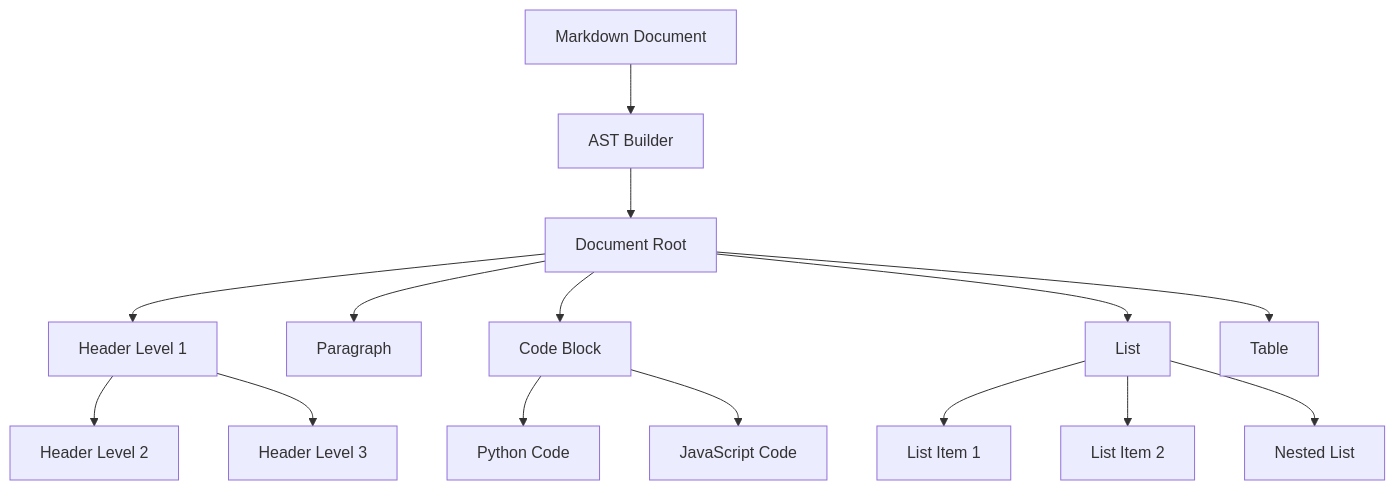
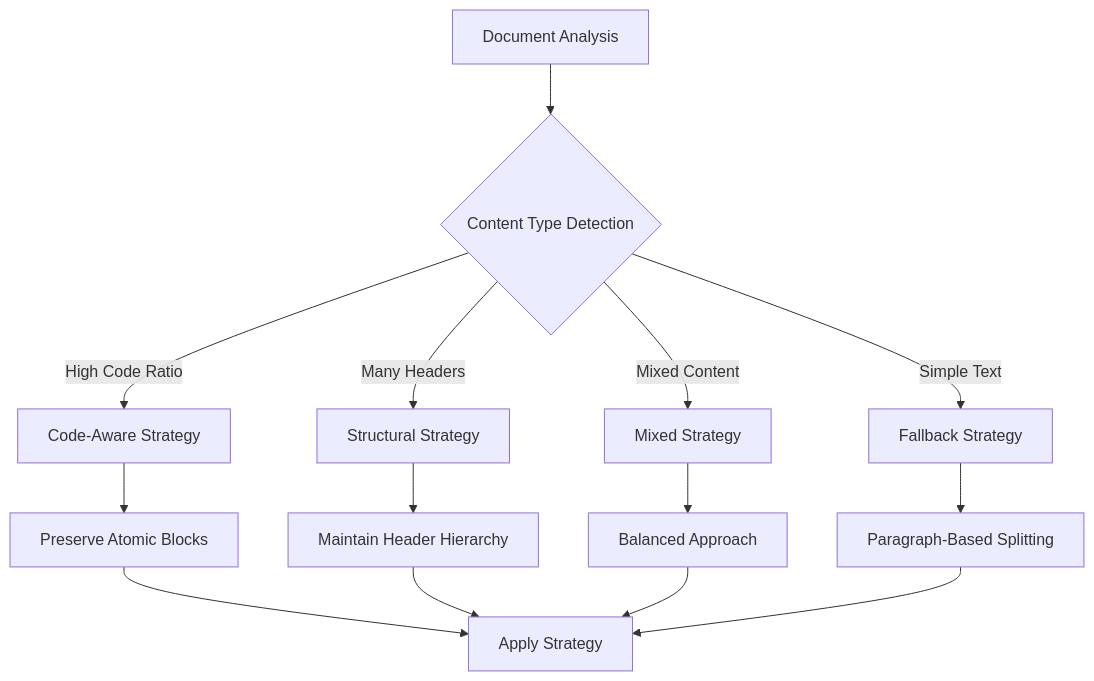
The second of 6 diagrams in .qoder/repowiki/en/content/Core Concepts/Core Concepts.md (asukhodko/dify-markdown-chunker), drawn with Mermaid before and after one commit. The commit also changed other lines of this file and 205 other files, not shown here.

````diff
--- a/.qoder/repowiki/en/content/Core Concepts/Core Concepts.md
+++ b/.qoder/repowiki/en/content/Core Concepts/Core Concepts.md
@@ -49,17 +179,16 @@
 ```mermaid
-graph TD
-A["Markdown Document"] --> B["AST Builder"]
-B --> C["Document Root"]
-C --> D["Header Level 1"]
-C --> E["Paragraph"]
-C --> F["Code Block"]
-C --> G["List"]
-C --> H["Table"]
-D --> I["Header Level 2"]
-D --> J["Header Level 3"]
-G --> K["List Item 1"]
-G --> L["List Item 2"]
-G --> M["Nested List"]
-F --> N["Python Code"]
-F --> O["JavaScript Code"]
+flowchart TD
+A["Document Analysis"] --> B{"Content Type Detection"}
+B --> |"High Code Ratio"| C["Code-Aware Strategy"]
+B --> |"Many Headers"| D["Structural Strategy"]
+B --> |"Mixed Content"| E["Mixed Strategy"]
+B --> |"Simple Text"| F["Fallback Strategy"]
+C --> G["Preserve Atomic Blocks"]
+D --> H["Maintain Header Hierarchy"]
+E --> I["Balanced Approach"]
+F --> J["Paragraph-Based Splitting"]
+G --> K["Apply Strategy"]
+H --> K
+I --> K
+J --> K
 ```
````
